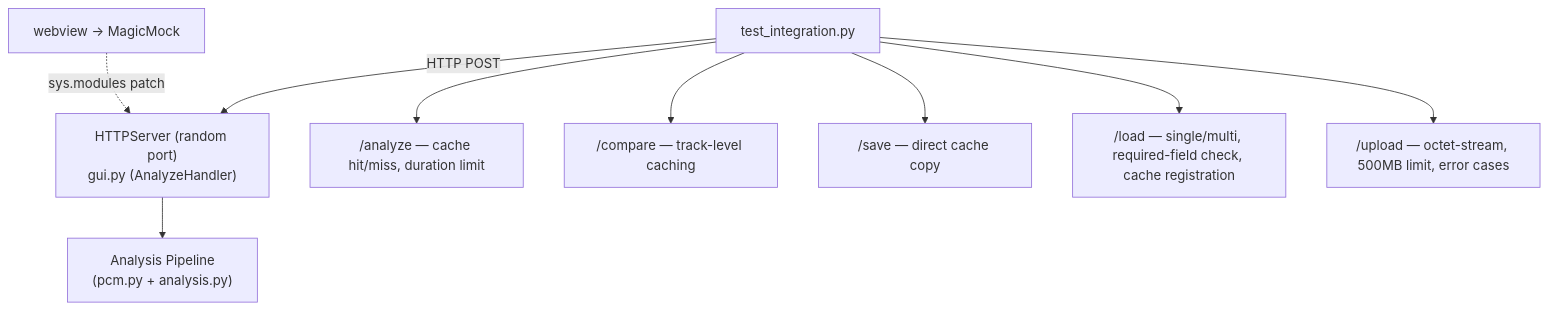
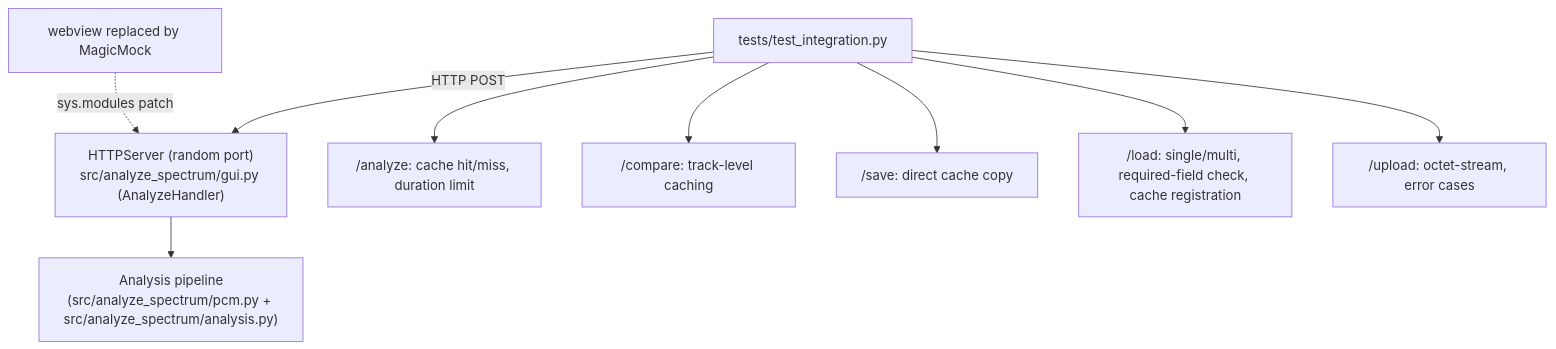
Before and after one commit to semnil/analyze-spectrum: diagram 18 of 18 in docs/architecture.md, drawn with Mermaid. The commit also changed other lines of this file and 7 other files, not shown here.

````diff
--- a/docs/architecture.md
+++ b/docs/architecture.md
@@ -598,17 +659,17 @@
 ```mermaid
 flowchart TD
-    IT["test_integration.py"]
-    SRV["HTTPServer (random port)<br>gui.py (AnalyzeHandler)"]
-    PIPE["Analysis Pipeline<br>(pcm.py + analysis.py)"]
-    MOCK["webview → MagicMock"]
+    IT["tests/test_integration.py"]
+    SRV["HTTPServer (random port)<br>src/analyze_spectrum/gui.py (AnalyzeHandler)"]
+    PIPE["Analysis pipeline<br>(src/analyze_spectrum/pcm.py + src/analyze_spectrum/analysis.py)"]
+    MOCK["webview replaced by MagicMock"]
 
     IT -->|"HTTP POST"| SRV
     SRV --> PIPE
     MOCK -.->|"sys.modules patch"| SRV
 
-    IT --> A["/analyze — cache hit/miss, duration limit"]
-    IT --> B["/compare — track-level caching"]
-    IT --> C["/save — direct cache copy"]
-    IT --> D["/load — single/multi, required-field check, cache registration"]
-    IT --> E["/upload — octet-stream, 500MB limit, error cases"]
+    IT --> A["/analyze: cache hit/miss, duration limit"]
+    IT --> B["/compare: track-level caching"]
+    IT --> C["/save: direct cache copy"]
+    IT --> D["/load: single/multi, required-field check, cache registration"]
+    IT --> E["/upload: octet-stream, error cases"]
 ```
````
